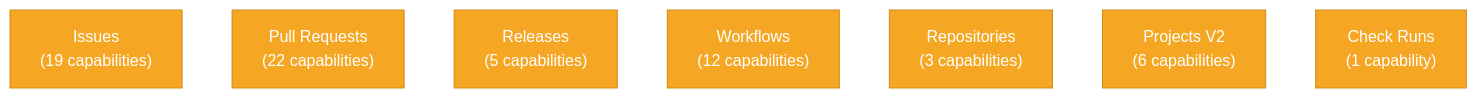
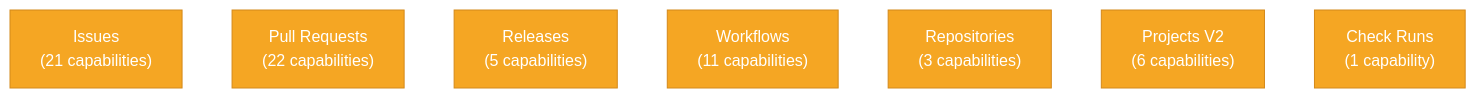
Before and after one commit to aryeko/ghx: the diagram in docs/capabilities/README.md, drawn with Mermaid. The commit also changed other lines of this file and 12 other files, not shown here.

````diff
--- a/docs/capabilities/README.md
+++ b/docs/capabilities/README.md
@@ -11,19 +11,19 @@
 ```mermaid
 %%{init: {'theme': 'base', 'themeVariables': {'primaryColor': '#F5A623', 'primaryTextColor': '#fff', 'primaryBorderColor': '#D4891A', 'lineColor': '#666'}}}%%
 graph TB
-    Issues["Issues<br/>(19 capabilities)"]
+    Issues["Issues<br/>(21 capabilities)"]
     PRs["Pull Requests<br/>(22 capabilities)"]
     Releases["Releases<br/>(5 capabilities)"]
-    Workflows["Workflows<br/>(12 capabilities)"]
+    Workflows["Workflows<br/>(11 capabilities)"]
     Repos["Repositories<br/>(3 capabilities)"]
     Projects["Projects V2<br/>(6 capabilities)"]
     CheckRuns["Check Runs<br/>(1 capability)"]
 
     style Issues fill:#F5A623
     style PRs fill:#F5A623
     style Releases fill:#F5A623
     style Workflows fill:#F5A623
     style Repos fill:#F5A623
     style Projects fill:#F5A623
     style CheckRuns fill:#F5A623
 ```
````
